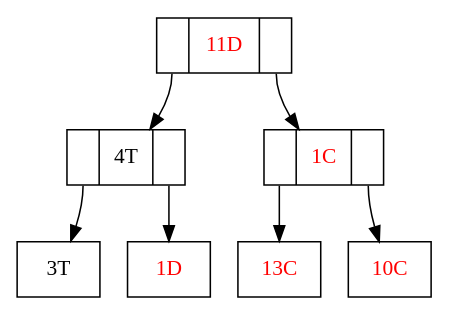
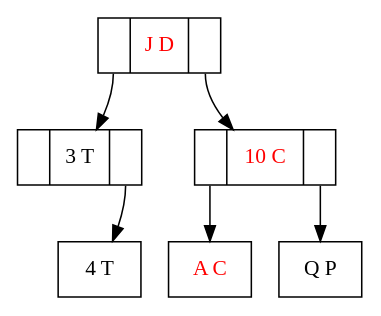
One commit to ElMalRod/Pyramid-Proyecto-2-EDD changed the diagram in aux_grafico.dot. Above: the diagram before and after it, drawn with Graphviz. The commit also changed 3 other files, not shown here.

```diff
--- a/aux_grafico.dot
+++ b/aux_grafico.dot
@@ -1,17 +1,15 @@
 digraph grafica{
 rankdir=TB;
 node [shape =record, style=filled, fillcolor=gray100];
-nodo3 [ label ="<C0>|11D|<C1>", fontcolor=red];
-nodo4 [ label ="<C0>|4T|<C1>", fontcolor=black];
-nodo1 [ label ="3T", fontcolor=black];
-nodo4:C0->nodo1
-nodo7 [ label ="1D", fontcolor=red];
-nodo4:C1->nodo7
-nodo3:C0->nodo4
-nodo5 [ label ="<C0>|1C|<C1>", fontcolor=red];
-nodo6 [ label ="13C", fontcolor=red];
-nodo5:C0->nodo6
-nodo2 [ label ="10C", fontcolor=red];
-nodo5:C1->nodo2
-nodo3:C1->nodo5
+nodo3 [ label ="<C0>|J D|<C1>", fontcolor=red];
+nodo1 [ label ="<C0>|3 T|<C1>", fontcolor=black];
+nodo4 [ label ="4 T", fontcolor=black];
+nodo1:C1->nodo4
+nodo3:C0->nodo1
+nodo2 [ label ="<C0>|10 C|<C1>", fontcolor=red];
+nodo5 [ label ="A C", fontcolor=red];
+nodo2:C0->nodo5
+nodo7 [ label ="Q P", fontcolor=black];
+nodo2:C1->nodo7
+nodo3:C1->nodo2
 }
```
